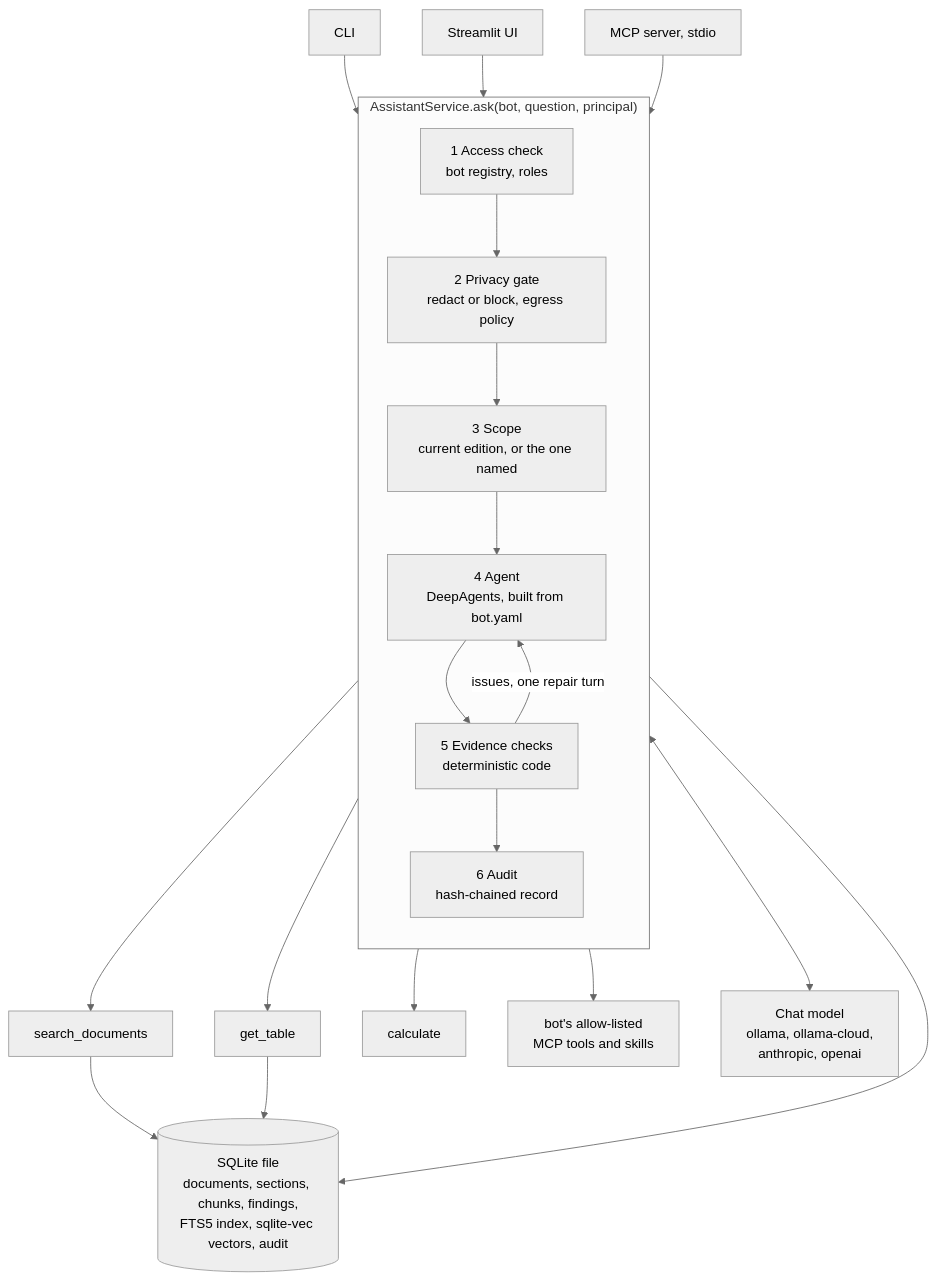
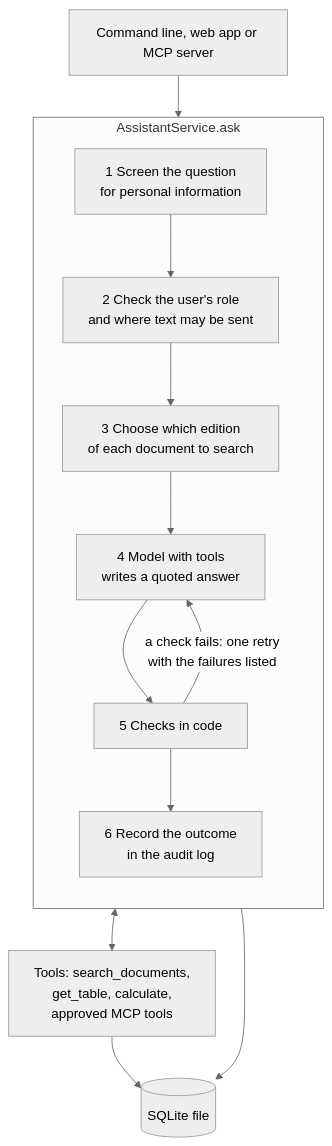
Before and after one commit to Treasure1201/kestrel: the first of 2 diagrams in docs/ARCHITECTURE.md, drawn with Mermaid (neutral theme). The commit also changed other lines of this file and 1 other file, not shown here.

First line of the commit message:
docs: final pass on the architecture document and the assistant guide

````diff
--- a/docs/ARCHITECTURE.md
+++ b/docs/ARCHITECTURE.md
@@ -27,27 +11,16 @@
 ```mermaid
 flowchart TD
-    CLI[CLI] --> SVC
-    UI[Streamlit UI] --> SVC
-    MCP[MCP server, stdio] --> SVC
-
-    subgraph SVC["AssistantService.ask(bot, question, principal)"]
+    FE["Command line, web app or MCP server"] --> S1
+    subgraph SVC["AssistantService.ask"]
         direction TB
-        A["1 Access check<br/>bot registry, roles"] --> B["2 Privacy gate<br/>redact or block, egress policy"]
-        B --> S["3 Scope<br/>current edition, or the one named"]
-        S --> C["4 Agent<br/>DeepAgents, built from bot.yaml"]
-        C --> D["5 Evidence checks<br/>deterministic code"]
-        D -- "issues, one repair turn" --> C
-        D --> E["6 Audit<br/>hash-chained record"]
+        S1["1 Screen the question<br/>for personal information"] --> S2["2 Check the user's role<br/>and where text may be sent"]
+        S2 --> S3["3 Choose which edition<br/>of each document to search"]
+        S3 --> S4["4 Model with tools<br/>writes a quoted answer"]
+        S4 --> S5["5 Checks in code"]
+        S5 -- "a check fails: one retry<br/>with the failures listed" --> S4
+        S5 --> S6["6 Record the outcome<br/>in the audit log"]
     end
-
-    C --> T1[search_documents]
-    C --> T2[get_table]
-    C --> T3[calculate]
-    C --> T4["bot's allow-listed<br/>MCP tools and skills"]
-    C <--> LLM["Chat model<br/>ollama, ollama-cloud,<br/>anthropic, openai"]
-
-    T1 --> DB
-    T2 --> DB
-    E --> DB
-    DB[("SQLite file<br/>documents, sections, chunks, findings,<br/>FTS5 index, sqlite-vec vectors, audit")]
+    S4 <--> T["Tools: search_documents,<br/>get_table, calculate,<br/>approved MCP tools"]
+    T --> DB[("SQLite file")]
+    S6 --> DB
 ```
````
